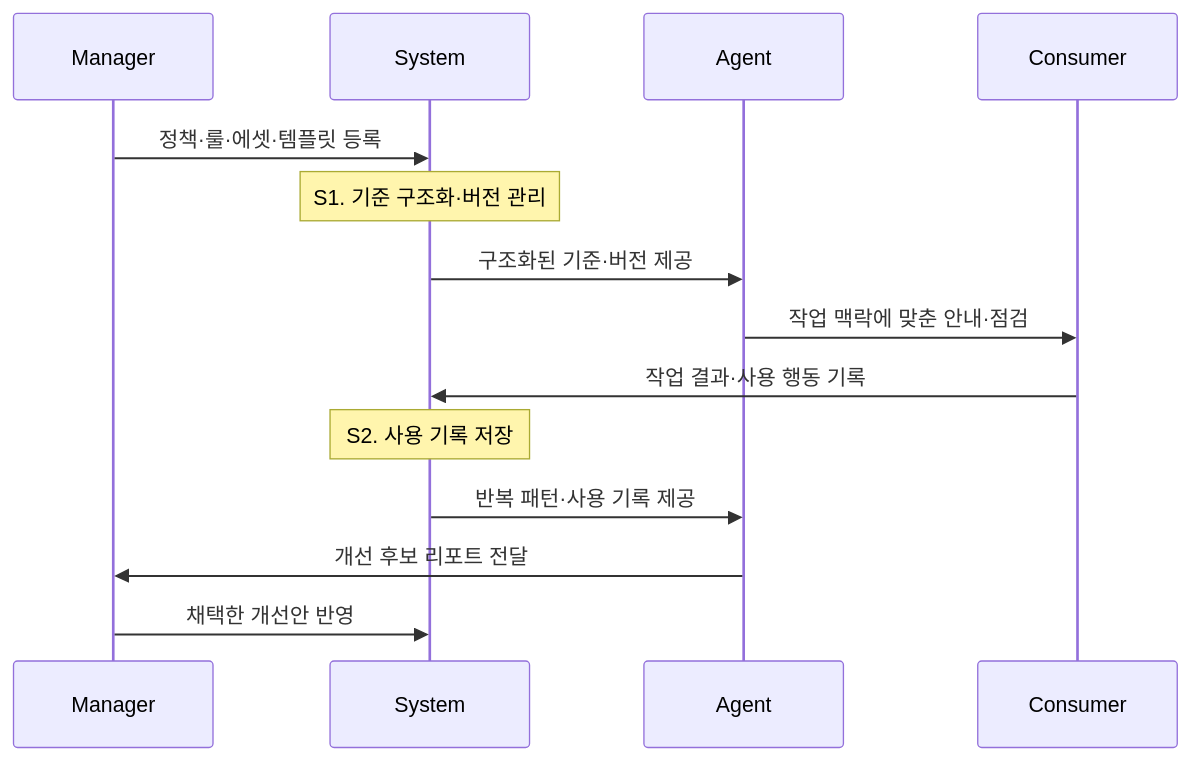
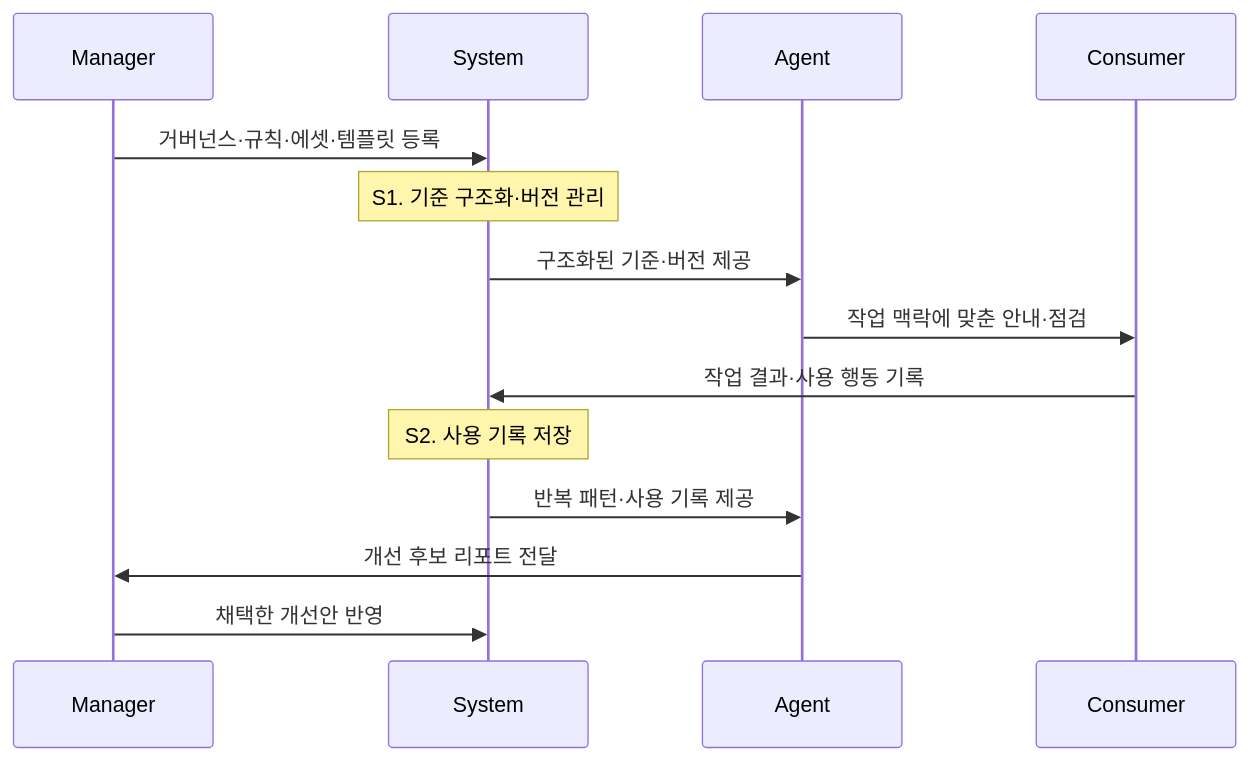
The first of 2 diagrams in docs/01-product.md (ewoooo/living-brand-system), drawn with Mermaid before and after one commit. The commit also changed other lines of this file and 7 other files, not shown here.

````diff
--- a/docs/01-product.md
+++ b/docs/01-product.md
@@ -70,17 +70,17 @@
 ```mermaid
 sequenceDiagram
   participant M as Manager
   participant S as System
   participant A as Agent
   participant C as Consumer
 
-  M->>S: 정책·룰·에셋·템플릿 등록
+  M->>S: 거버넌스·규칙·에셋·템플릿 등록
   Note over S: S1. 기준 구조화·버전 관리
   S->>A: 구조화된 기준·버전 제공
   A->>C: 작업 맥락에 맞춘 안내·점검
   C->>S: 작업 결과·사용 행동 기록
   Note over S: S2. 사용 기록 저장
   S->>A: 반복 패턴·사용 기록 제공
   A->>M: 개선 후보 리포트 전달
   M->>S: 채택한 개선안 반영
 ```
````
